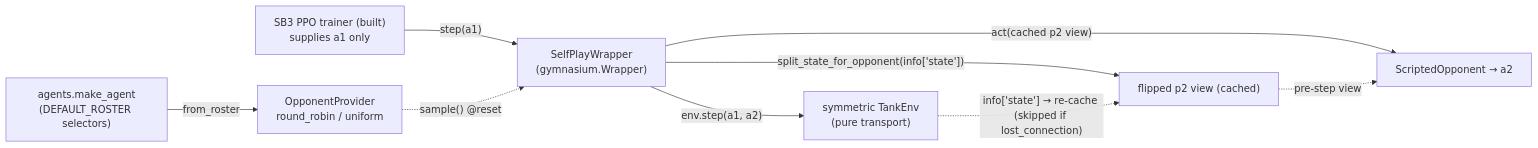
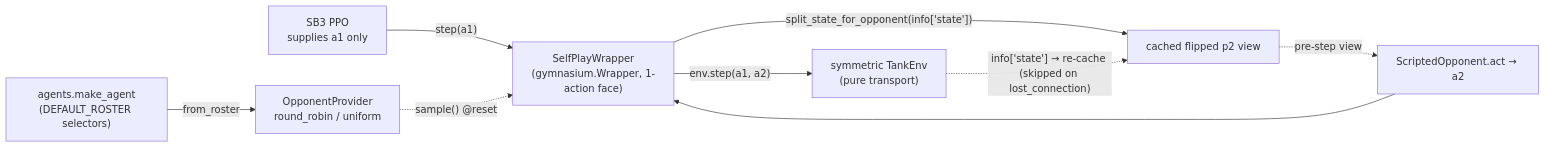
Before and after one commit to urciuolim/TankTwinStickShooter: the second of 2 diagrams in docs/components/rl.md, drawn with Mermaid. The commit also changed other lines of this file and 11 other files, not shown here.

First line of the commit message:
docs: readability pass -- concept-first pages, mermaid diagrams, code-links; repair drift

````diff
--- a/docs/components/rl.md
+++ b/docs/components/rl.md
@@ -547,11 +55,11 @@
 ```mermaid
 graph LR
-    sb3["SB3 PPO trainer (built)<br/>supplies a1 only"] -->|"step(a1)"| wrap["SelfPlayWrapper<br/>(gymnasium.Wrapper)"]
+    sb3["SB3 PPO<br/>supplies a1 only"] -->|"step(a1)"| wrap["SelfPlayWrapper<br/>(gymnasium.Wrapper, 1-action face)"]
     prov["OpponentProvider<br/>round_robin / uniform"] -.->|"sample() @reset"| wrap
     agents["agents.make_agent<br/>(DEFAULT_ROSTER selectors)"] -->|from_roster| prov
-    wrap -->|"act(cached p2 view)"| opp["ScriptedOpponent → a2"]
-    wrap -->|"split_state_for_opponent(info['state'])"| flip["flipped p2 view (cached)"]
-    flip -.->|pre-step view| opp
+    wrap -->|"split_state_for_opponent(info['state'])"| flip["cached flipped p2 view"]
+    flip -.->|pre-step view| opp["ScriptedOpponent.act → a2"]
+    opp --> wrap
     wrap -->|"env.step(a1, a2)"| env["symmetric TankEnv<br/>(pure transport)"]
-    env -.->|"info['state'] → re-cache (skipped if lost_connection)"| flip
+    env -.->|"info['state'] → re-cache (skipped on lost_connection)"| flip
 ```
````
